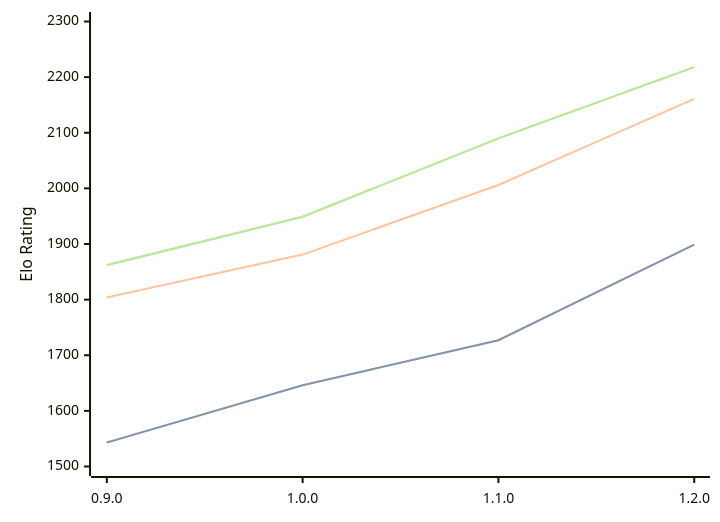
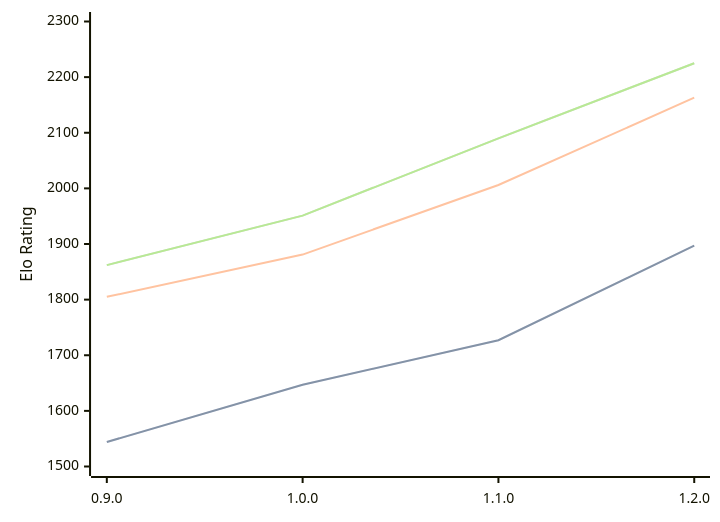
One commit to computer-chess-index/cci changed the diagram in engines/Ratsu.md. Above: the diagram before and after it, drawn with Mermaid. The commit also changed other lines of this file, not shown here.

Commit message:
Update CCI Ratings (ELO VLTC) - 2026-05-21

````diff
--- a/engines/Ratsu.md
+++ b/engines/Ratsu.md
@@ -34,11 +34,11 @@
 ```mermaid
 %%{init: {"theme":"base","themeVariables":{"seriesColors:['#a3a3a3','#222221','#faa371']}}}%%
 xychart-beta
   x-axis ["0.9.0", "1.0.0", "1.1.0", "1.2.0"]
   y-axis "Elo Rating" 1500 --> 2300
-  line "STC (8.0+0.08s)" [1543, 1646, 1727, 1899]
-  line "STC (8.0+0.08s)" [1543, 1646, 1727, 1899]
-  line "LTC (60.0+0.60s)" [1804, 1881, 2006, 2161]
-  line "VLTC (2m24s+1.12s)" [1862, 1949, 2090, 2218]
-  line "VLTC (2m24s+1.12s)" [1862, 1949, 2090, 2218]
+  line "STC (8.0+0.08s)" [1544, 1647, 1727, 1897]
+  line "STC (8.0+0.08s)" [1544, 1647, 1727, 1897]
+  line "LTC (60.0+0.60s)" [1805, 1881, 2006, 2163]
+  line "VLTC (2m24s+1.12s)" [1862, 1951, 2090, 2225]
+  line "VLTC (2m24s+1.12s)" [1862, 1951, 2090, 2225]
 ```
````
